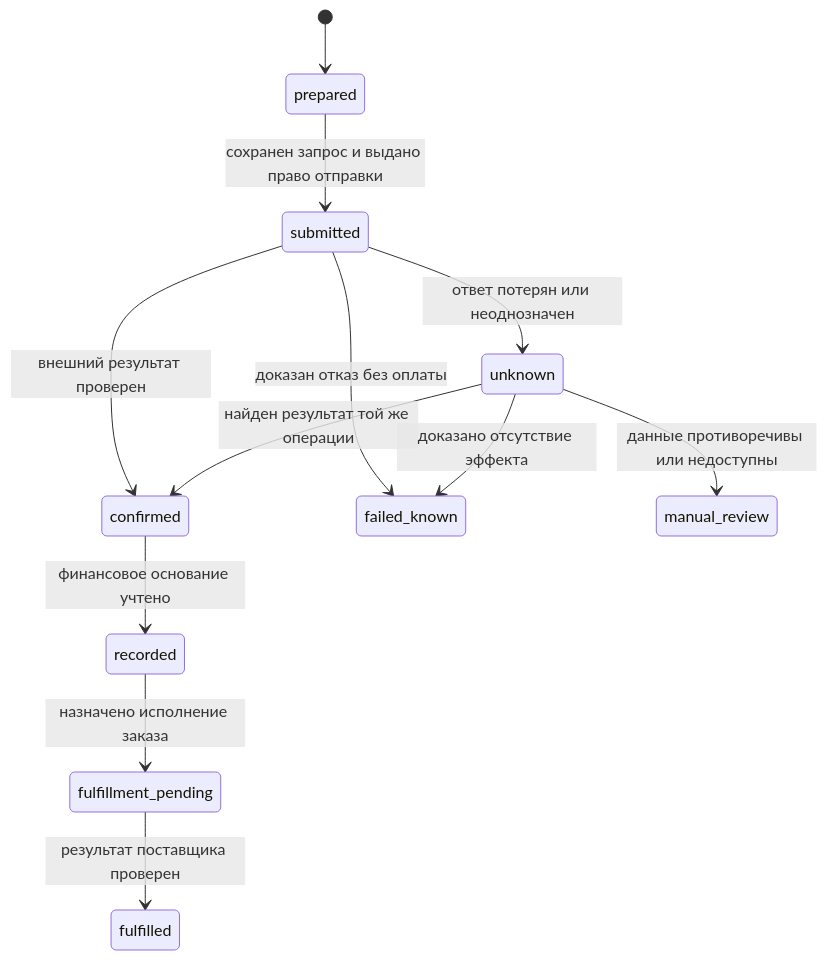
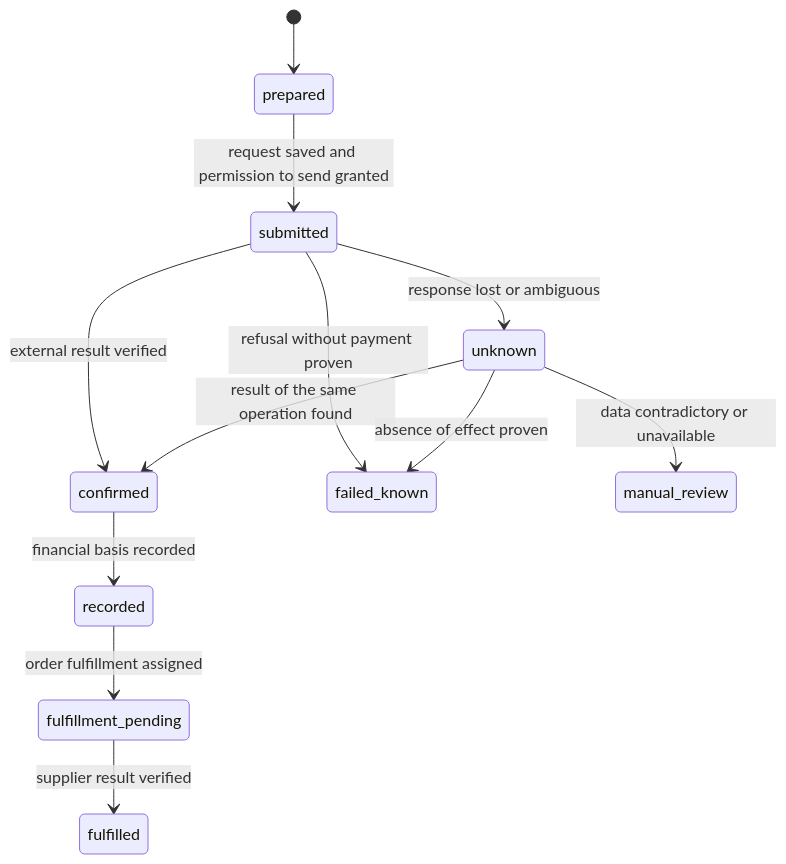
Before and after one commit to nuanu-ai/fintech-textbook-2026: the first of 2 diagrams in Textbook/08-Integrations-and-reliability/README.md, drawn with Mermaid. The commit also changed other lines of this file and 78 other files, not shown here.

````diff
--- a/Textbook/08-Integrations-and-reliability/README.md
+++ b/Textbook/08-Integrations-and-reliability/README.md
@@ -108,14 +108,14 @@
 ```mermaid
 stateDiagram-v2
   [*] --> prepared
-  prepared --> submitted: сохранен запрос и выдано право отправки
-  submitted --> confirmed: внешний результат проверен
-  submitted --> failed_known: доказан отказ без оплаты
-  submitted --> unknown: ответ потерян или неоднозначен
-  unknown --> confirmed: найден результат той же операции
-  unknown --> failed_known: доказано отсутствие эффекта
-  unknown --> manual_review: данные противоречивы или недоступны
-  confirmed --> recorded: финансовое основание учтено
-  recorded --> fulfillment_pending: назначено исполнение заказа
-  fulfillment_pending --> fulfilled: результат поставщика проверен
+  prepared --> submitted: request saved and permission to send granted
+  submitted --> confirmed: external result verified
+  submitted --> failed_known: refusal without payment proven
+  submitted --> unknown: response lost or ambiguous
+  unknown --> confirmed: result of the same operation found
+  unknown --> failed_known: absence of effect proven
+  unknown --> manual_review: data contradictory or unavailable
+  confirmed --> recorded: financial basis recorded
+  recorded --> fulfillment_pending: order fulfillment assigned
+  fulfillment_pending --> fulfilled: supplier result verified
 ```
````
